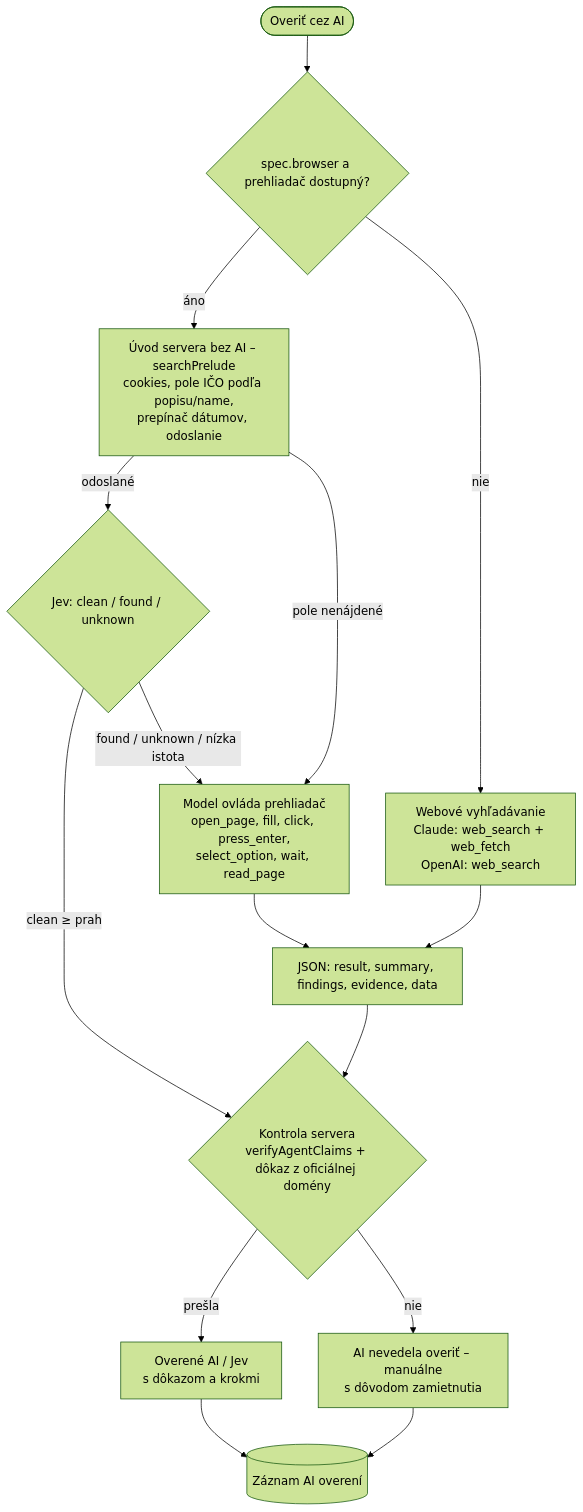
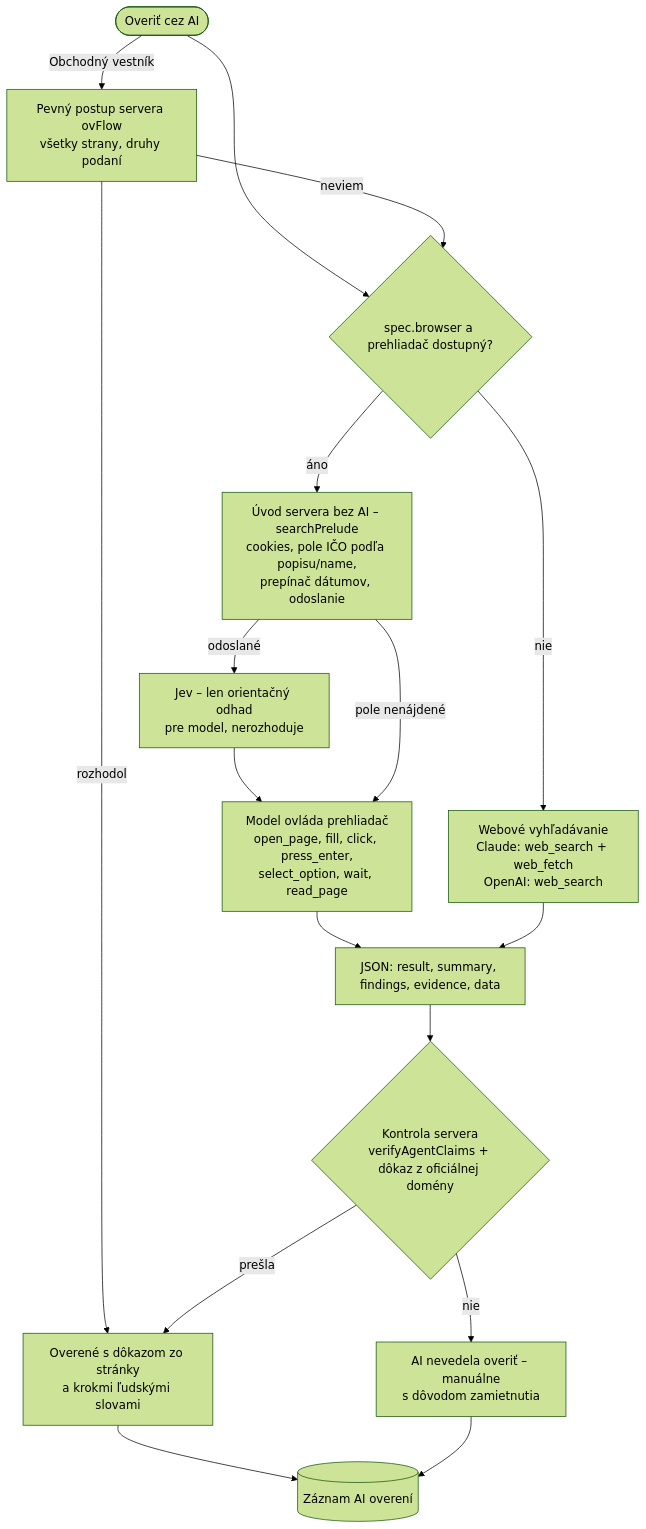
The fourth of 7 diagrams in overenie-ico/docs/ARCHITEKTURA.md (anty11/eM), drawn with Mermaid (forest theme) before and after one commit. The commit also changed other lines of this file and 12 other files, not shown here.

First line of the commit message:
Právne obhájiteľné výsledky: Jev len orientačne, OV v AI cez pevný postup s dôkazom, kroky ľudskými slovami (v2.11.0)

````diff
--- a/overenie-ico/docs/ARCHITEKTURA.md
+++ b/overenie-ico/docs/ARCHITEKTURA.md
@@ -145,17 +143,19 @@
 ```mermaid
 flowchart TD
   BTN(["Overiť cez AI"]) --> CFG{"spec.browser a prehliadač dostupný?"}
   CFG -->|"nie"| WEB["Webové vyhľadávanie<br/>Claude: web_search + web_fetch<br/>OpenAI: web_search"]
   CFG -->|"áno"| PRE["Úvod servera bez AI – searchPrelude<br/>cookies, pole IČO podľa popisu/name,<br/>prepínač dátumov, odoslanie"]
-  PRE -->|"odoslané"| JEV{"Jev: clean / found / unknown"}
-  JEV -->|"clean ≥ prah"| VER
-  JEV -->|"found / unknown / nízka istota"| LLM
+  BTN -->|"Obchodný vestník"| OVF["Pevný postup servera ovFlow<br/>všetky strany, druhy podaní"]
+  OVF -->|"rozhodol"| OK
+  OVF -->|"neviem"| CFG
+  PRE -->|"odoslané"| JEV["Jev – len orientačný odhad<br/>pre model, nerozhoduje"]
+  JEV --> LLM
   PRE -->|"pole nenájdené"| LLM["Model ovláda prehliadač<br/>open_page, fill, click, press_enter,<br/>select_option, wait, read_page"]
   LLM --> OUT["JSON: result, summary, findings, evidence, data"]
   WEB --> OUT
   OUT --> VER{"Kontrola servera<br/>verifyAgentClaims + dôkaz z oficiálnej domény"}
-  VER -->|"prešla"| OK["Overené AI / Jev<br/>s dôkazom a krokmi"]
+  VER -->|"prešla"| OK["Overené s dôkazom zo stránky<br/>a krokmi ľudskými slovami"]
   VER -->|"nie"| REJ["AI nevedela overiť – manuálne<br/>s dôvodom zamietnutia"]
   OK --> LOG[("Záznam AI overení")]
   REJ --> LOG
 ```
````
